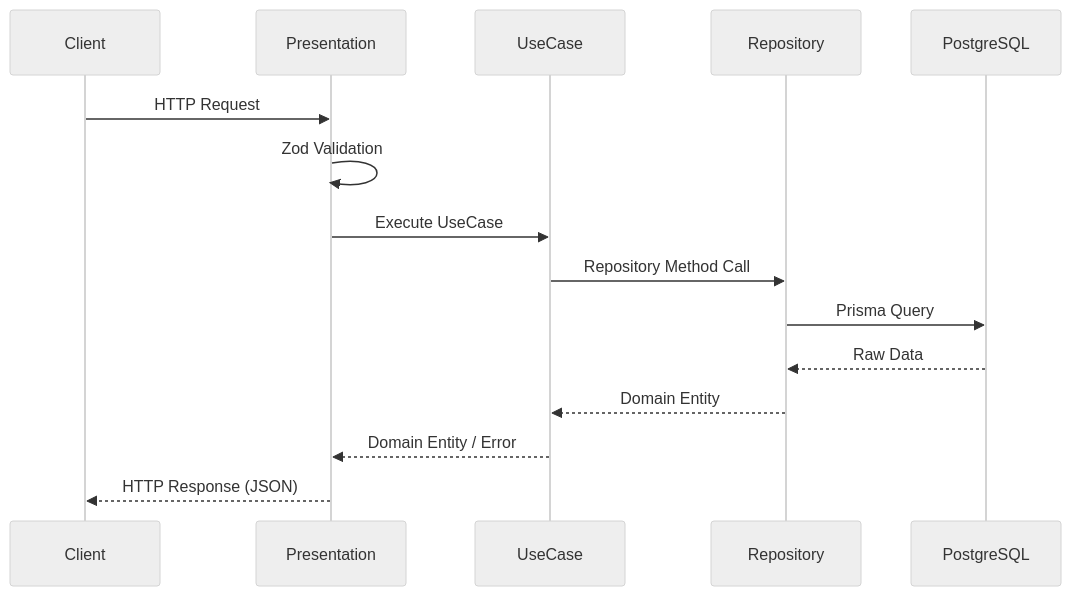
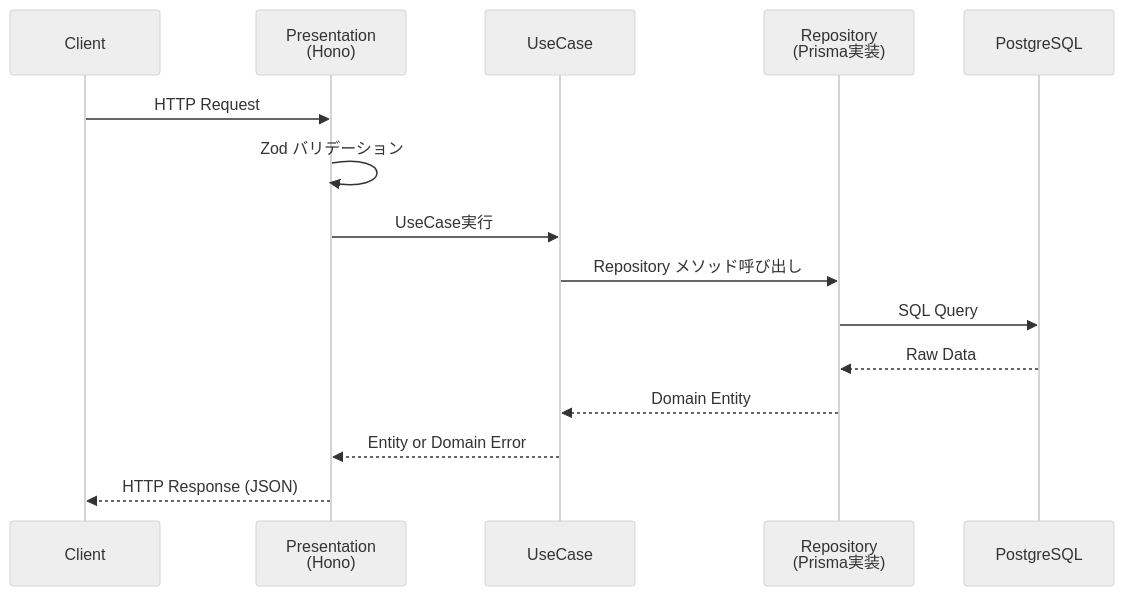
One commit to nuko-chan/ddd-issue-tracker changed the third of 3 diagrams in README.md. Above: the diagram before and after it, drawn with Mermaid (neutral theme). The commit also changed other lines of this file and 1 other file, not shown here.

````diff
--- a/README.md
+++ b/README.md
@@ -86,18 +100,18 @@
 ```mermaid
 sequenceDiagram
     participant C as Client
-    participant P as Presentation
+    participant P as Presentation<br/>(Hono)
     participant U as UseCase
-    participant R as Repository
+    participant R as Repository<br/>(Prisma実装)
     participant DB as PostgreSQL
 
     C->>P: HTTP Request
-    P->>P: Zod Validation
-    P->>U: Execute UseCase
-    U->>R: Repository Method Call
-    R->>DB: Prisma Query
+    P->>P: Zod バリデーション
+    P->>U: UseCase実行
+    U->>R: Repository メソッド呼び出し
+    R->>DB: SQL Query
     DB-->>R: Raw Data
     R-->>U: Domain Entity
-    U-->>P: Domain Entity / Error
+    U-->>P: Entity or Domain Error
     P-->>C: HTTP Response (JSON)
 ```
````
